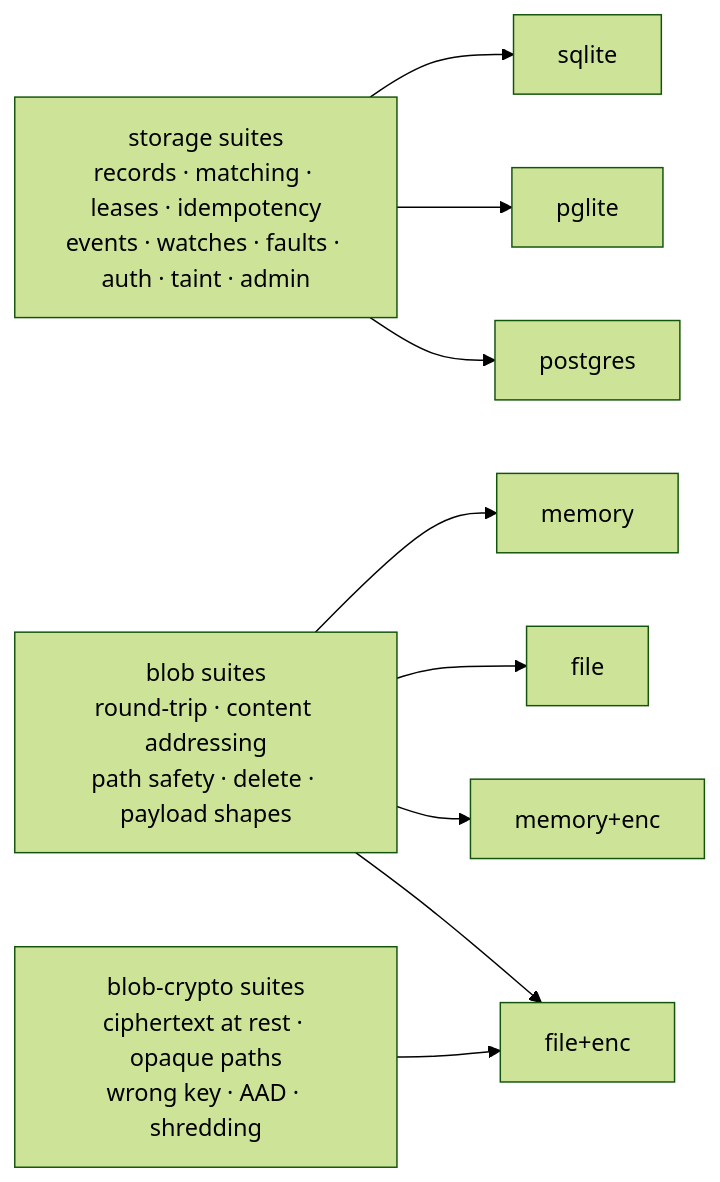
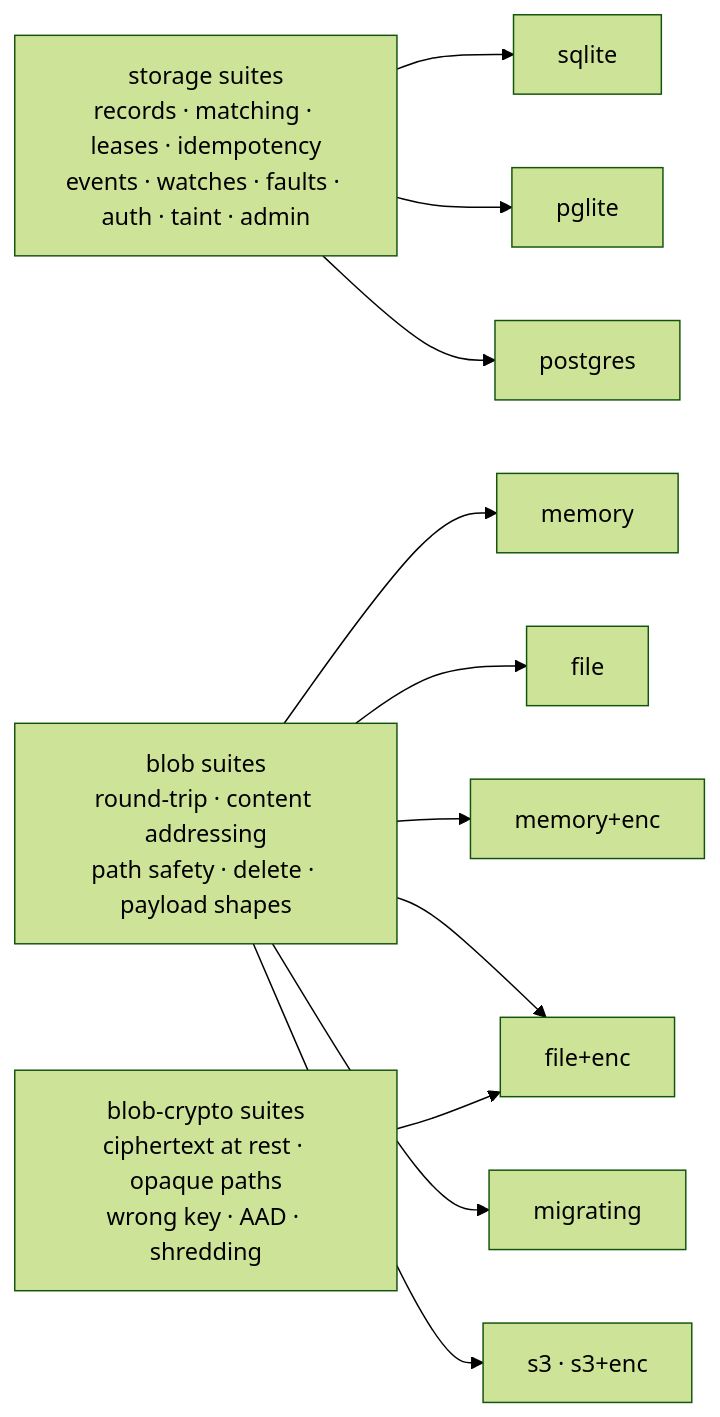
Before and after one commit to wistrand/radia: the diagram in conformance/README.md, drawn with Mermaid (forest theme). The commit also changed other lines of this file and 30 other files, not shown here.

````diff
--- a/conformance/README.md
+++ b/conformance/README.md
@@ -9,14 +9,16 @@
 ```mermaid
 flowchart LR
     S1[storage suites<br/>records · matching · leases · idempotency<br/>events · watches · faults · auth · taint · admin]
     S2[blob suites<br/>round-trip · content addressing<br/>path safety · delete · payload shapes]
     S3[blob-crypto suites<br/>ciphertext at rest · opaque paths<br/>wrong key · AAD · shredding]
     S1 --> A1[sqlite]
     S1 --> A2[pglite]
     S1 --> A3[postgres]
     S2 --> B1[memory]
     S2 --> B2[file]
     S2 --> B3["memory+enc"]
     S2 --> B4["file+enc"]
+    S2 --> B5[migrating]
+    S2 --> B6["s3 · s3+enc"]
     S3 --> B4
 ```
````
